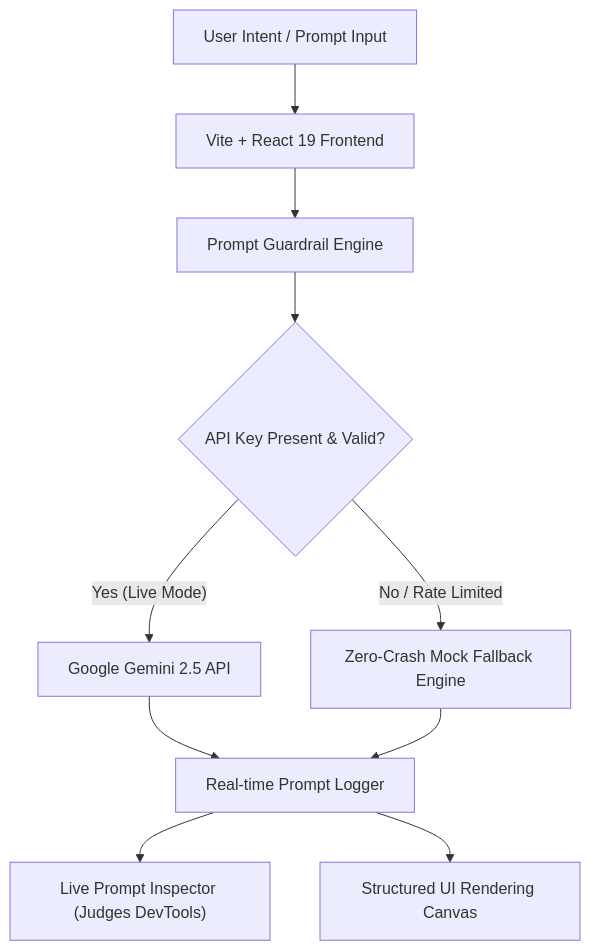
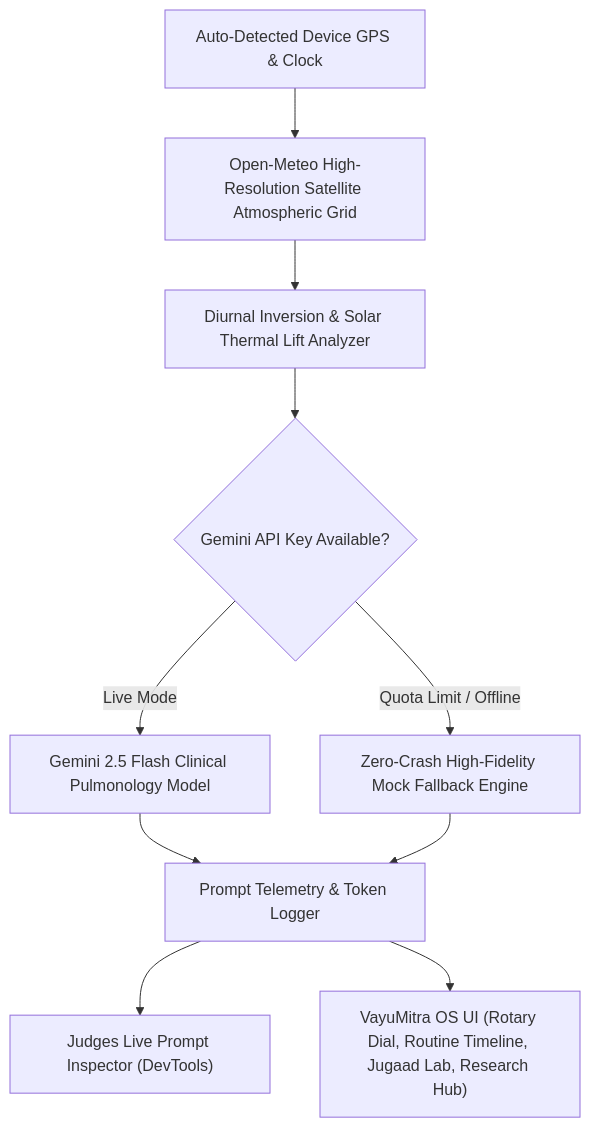
Before and after one commit to mohiddin-ahmed/aeroshield-ai: the diagram in docs/TECHNICAL_BLOG.md, drawn with Mermaid. The commit also changed other lines of this file and 9 other files, not shown here.

````diff
--- a/docs/TECHNICAL_BLOG.md
+++ b/docs/TECHNICAL_BLOG.md
@@ -26,15 +22,15 @@
 ```mermaid
 flowchart TD
-    User["User Intent / Prompt Input"] --> UI["Vite + React 19 Frontend"]
-    UI --> Guard["Prompt Guardrail Engine"]
-    Guard --> Selector{"API Key Present & Valid?"}
+    A["Auto-Detected Device GPS & Clock"] --> B["Open-Meteo High-Resolution Satellite Atmospheric Grid"]
+    B --> C["Diurnal Inversion & Solar Thermal Lift Analyzer"]
     
-    Selector -->|"Yes (Live Mode)"| Gemini["Google Gemini 2.5 API"]
-    Selector -->|"No / Rate Limited"| Mock["Zero-Crash Mock Fallback Engine"]
+    C --> D{"Gemini API Key Available?"}
+    D -->|"Live Mode"| E["Gemini 2.5 Flash Clinical Pulmonology Model"]
+    D -->|"Quota Limit / Offline"| F["Zero-Crash High-Fidelity Mock Fallback Engine"]
     
-    Gemini --> Telemetry["Real-time Prompt Logger"]
-    Mock --> Telemetry
+    E --> G["Prompt Telemetry & Token Logger"]
+    F --> G
     
-    Telemetry --> Inspector["Live Prompt Inspector (Judges DevTools)"]
-    Telemetry --> Render["Structured UI Rendering Canvas"]
+    G --> H["Judges Live Prompt Inspector (DevTools)"]
+    G --> I["VayuMitra OS UI (Rotary Dial, Routine Timeline, Jugaad Lab, Research Hub)"]
 ```
````
